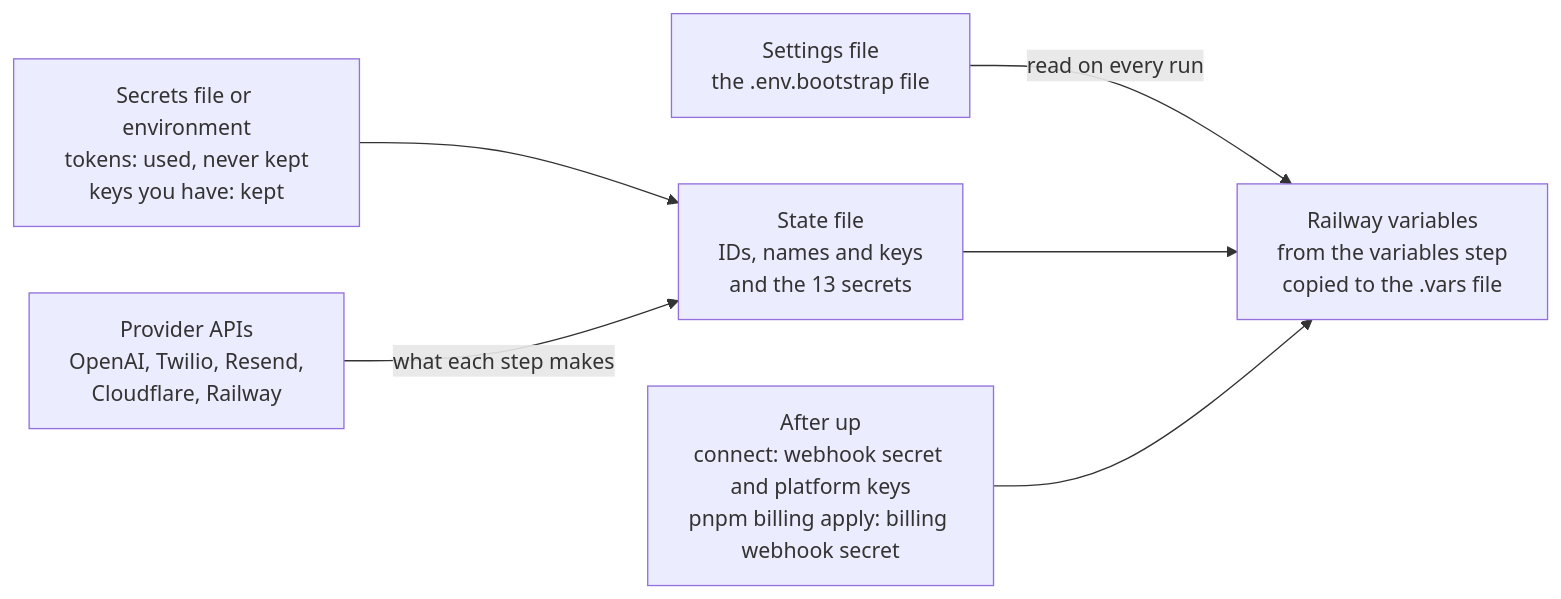
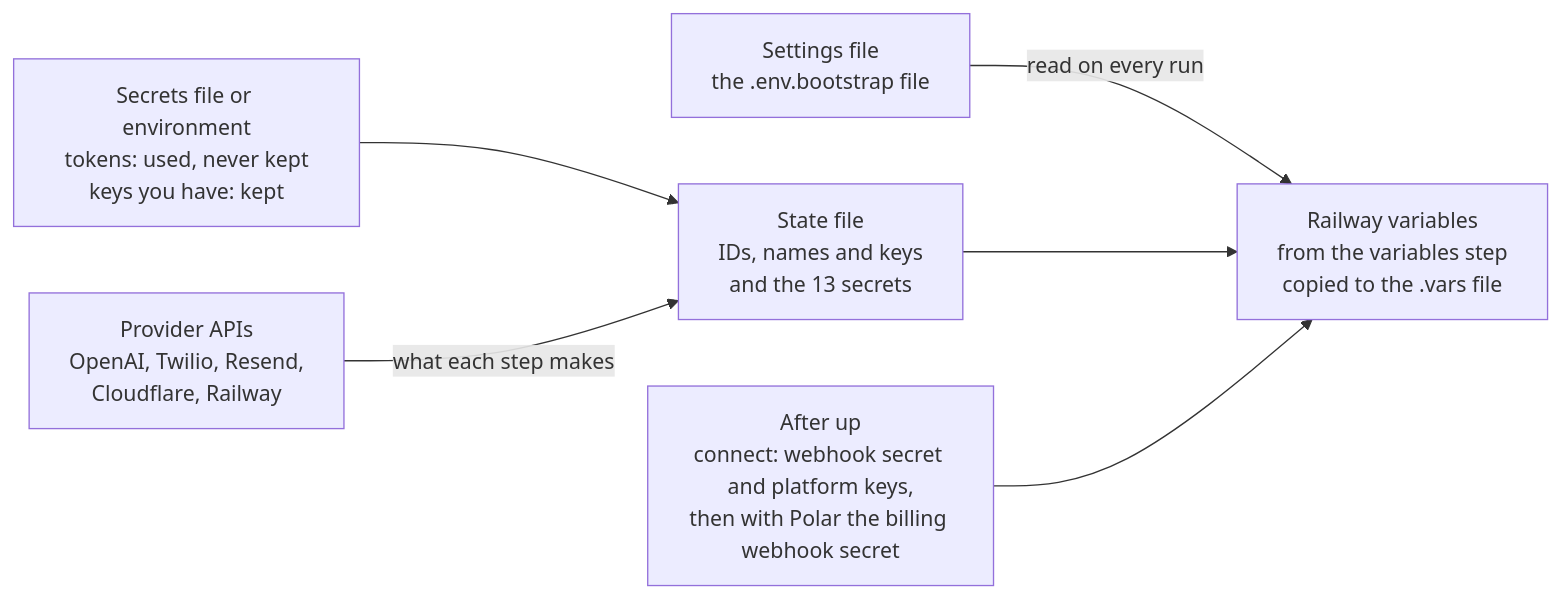
One commit to devresponse/lobbystack changed the diagram in docs/deployment/bootstrap-variables.md. Above: the diagram before and after it, drawn with Mermaid. The commit also changed other lines of this file and 12 other files, not shown here.

````diff
--- a/docs/deployment/bootstrap-variables.md
+++ b/docs/deployment/bootstrap-variables.md
@@ -9,14 +9,14 @@
 ```mermaid
 flowchart LR
   settingsFile["Settings file<br/>the .env.bootstrap file"]
   secretsFile["Secrets file or environment<br/>tokens: used, never kept<br/>keys you have: kept"]
   providerApis["Provider APIs<br/>OpenAI, Twilio, Resend,<br/>Cloudflare, Railway"]
   stateFile["State file<br/>IDs, names and keys<br/>and the 13 secrets"]
   railwayVars["Railway variables<br/>from the variables step<br/>copied to the .vars file"]
-  afterUp["After up<br/>connect: webhook secret and platform keys<br/>pnpm billing apply: billing webhook secret"]
+  afterUp["After up<br/>connect: webhook secret and platform keys,<br/>then with Polar the billing webhook secret"]
   settingsFile -->|read on every run| railwayVars
   secretsFile --> stateFile
   providerApis -->|what each step makes| stateFile
   stateFile --> railwayVars
   afterUp --> railwayVars
 ```
````
